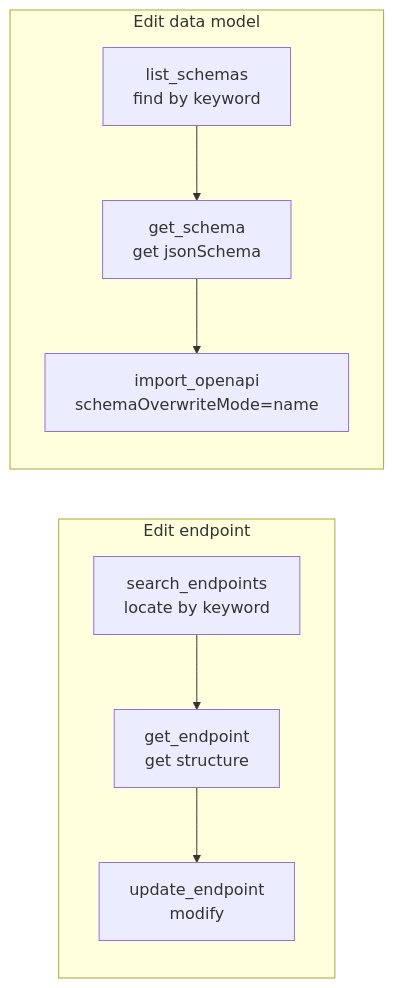
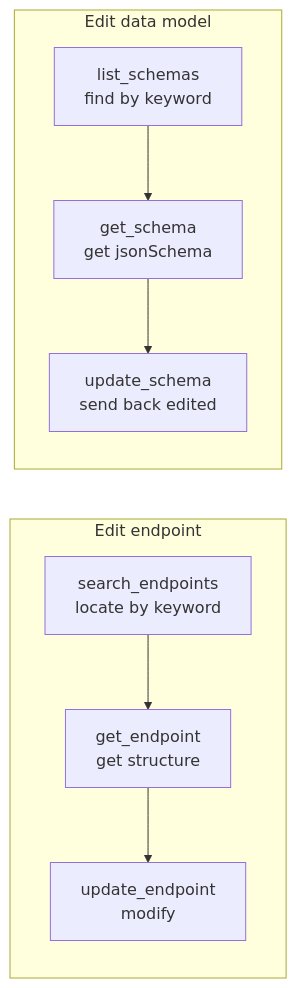
One commit to lingpfeng1-ux/apifox-mcp-server changed the diagram in README.en.md. Above: the diagram before and after it, drawn with Mermaid. The commit also changed other lines of this file and 7 other files, not shown here.

First line of the commit message:
feat: 提效 + 防误删(create/update_schema 封装、folderName 自动解析、delete 预览)

````diff
--- a/README.en.md
+++ b/README.en.md
@@ -94,9 +96,9 @@
 ```mermaid
 flowchart LR
   subgraph Edit endpoint
     A[search_endpoints<br/>locate by keyword] --> B[get_endpoint<br/>get structure] --> C[update_endpoint<br/>modify]
   end
   subgraph Edit data model
-    D[list_schemas<br/>find by keyword] --> E[get_schema<br/>get jsonSchema] --> F[import_openapi<br/>schemaOverwriteMode=name]
+    D[list_schemas<br/>find by keyword] --> E[get_schema<br/>get jsonSchema] --> F[update_schema<br/>send back edited]
   end
 ```
````
